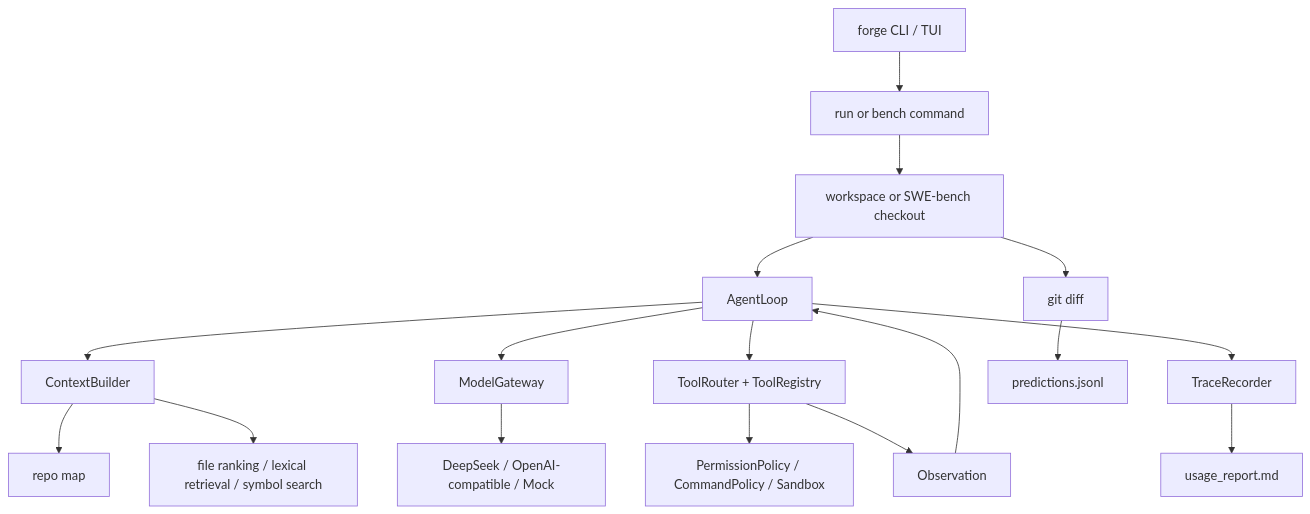
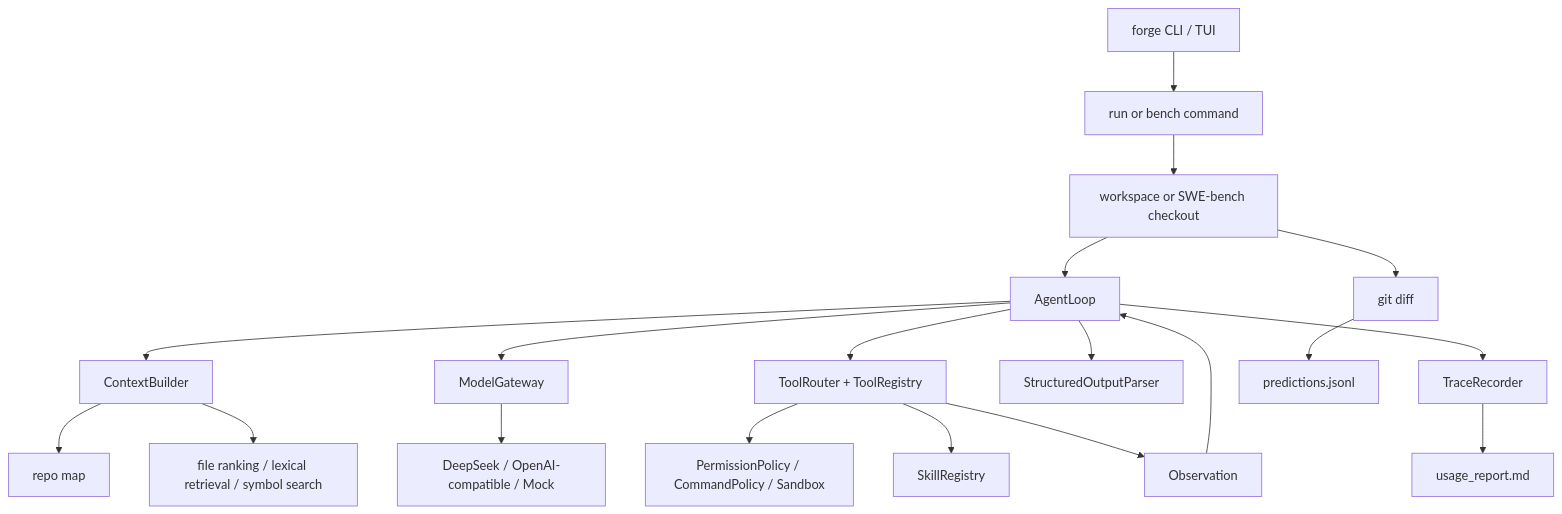
One commit to semi-hollow/NanoHarness changed the diagram in docs/architecture.md. Above: the diagram before and after it, drawn with Mermaid. The commit also changed other lines of this file and 9 other files, not shown here.

````diff
--- a/docs/architecture.md
+++ b/docs/architecture.md
@@ -10,19 +10,21 @@
 ```mermaid
 flowchart TD
     User["forge CLI / TUI"] --> Run["run or bench command"]
     Run --> Workspace["workspace or SWE-bench checkout"]
     Workspace --> Loop["AgentLoop"]
     Loop --> Context["ContextBuilder"]
     Context --> RepoMap["repo map"]
     Context --> Ranking["file ranking / lexical retrieval / symbol search"]
     Loop --> Model["ModelGateway"]
     Model --> Provider["DeepSeek / OpenAI-compatible / Mock"]
     Loop --> Tools["ToolRouter + ToolRegistry"]
+    Loop --> Structured["StructuredOutputParser"]
     Tools --> Safety["PermissionPolicy / CommandPolicy / Sandbox"]
+    Tools --> Skills["SkillRegistry"]
     Tools --> Observation["Observation"]
     Observation --> Loop
     Loop --> Trace["TraceRecorder"]
     Trace --> Usage["usage_report.md"]
     Workspace --> Diff["git diff"]
     Diff --> Prediction["predictions.jsonl"]
 ```
````
